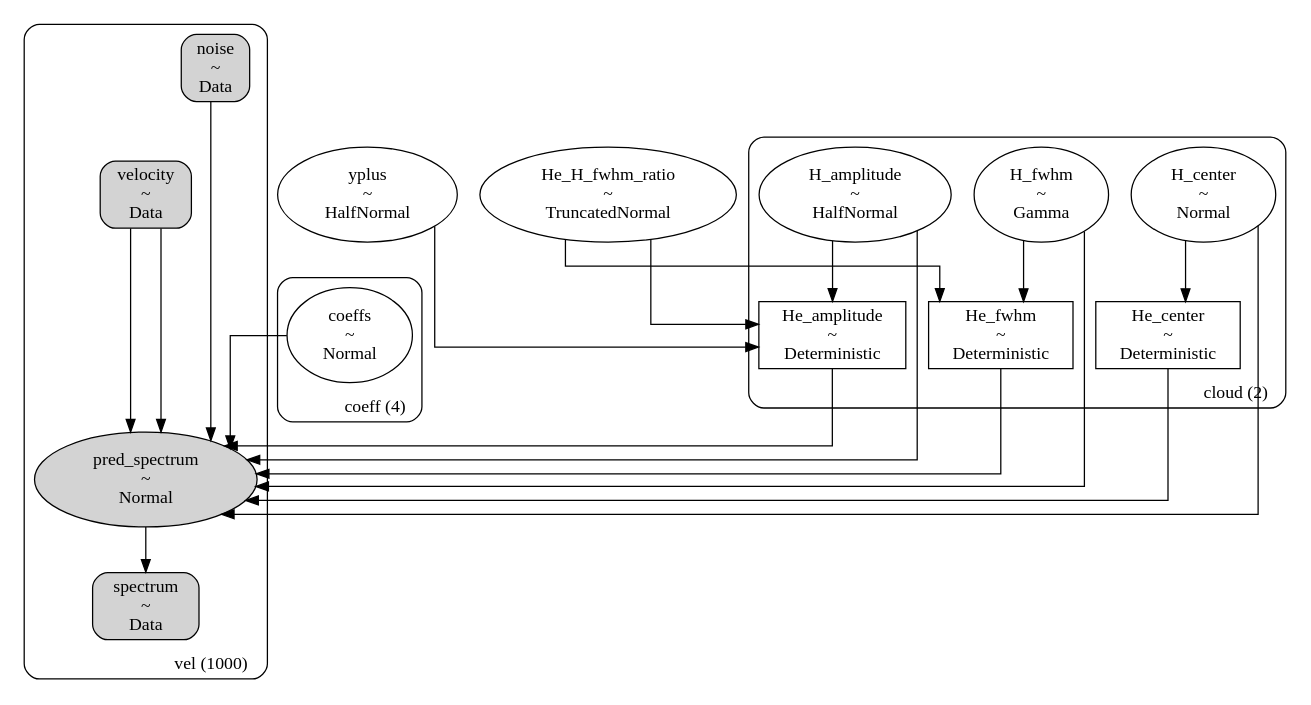
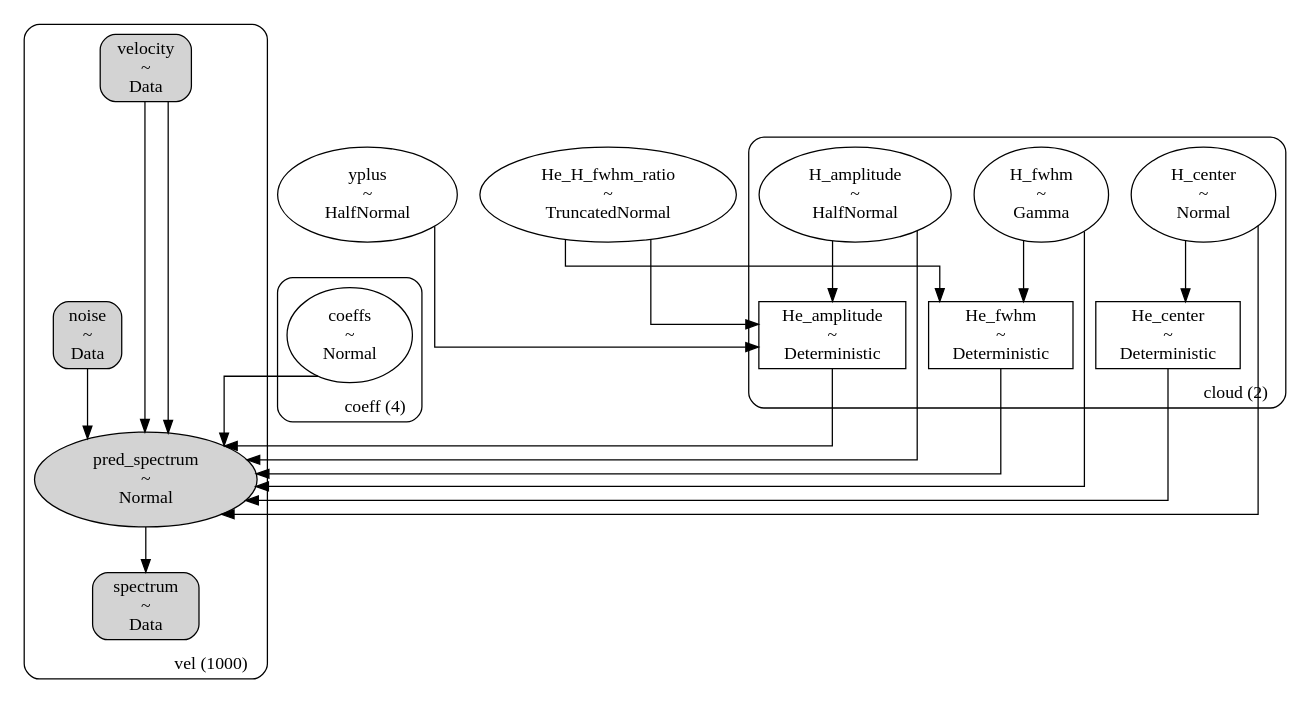
One commit to tvwenger/mcmc_yplus changed the diagram in examples/figures/model.gv. Above: the diagram before and after it, drawn with Graphviz. The commit also changed 9 other files, not shown here.

```diff
--- a/examples/figures/model.gv
+++ b/examples/figures/model.gv
@@ -1,110 +1,110 @@
 digraph {
 	graph [newrank=false,
 		rankdir=TB,
 		splines=ortho
 	];
 	subgraph "clustervel (1000)" {
 		graph [label="vel (1000)",
 			labeljust=r,
 			labelloc=b,
 			style=rounded
 		];
 		spectrum	[label="spectrum
 ~
 Data",
 			shape=box,
 			style="rounded, filled"];
-		pred_spectrum	[label="pred_spectrum
+		noise	[label="noise
 ~
-Normal",
-			shape=ellipse,
-			style=filled];
-		velocity	[label="velocity
+Data",
+			shape=box,
+			style="rounded, filled"];
+		spectrum	[label="spectrum
 ~
 Data",
 			shape=box,
 			style="rounded, filled"];
 		velocity	[label="velocity
 ~
 Data",
 			shape=box,
 			style="rounded, filled"];
-		noise	[label="noise
+		pred_spectrum	[label="pred_spectrum
 ~
-Data",
-			shape=box,
-			style="rounded, filled"];
-		spectrum	[label="spectrum
+Normal",
+			shape=ellipse,
+			style=filled];
+		velocity	[label="velocity
 ~
 Data",
 			shape=box,
 			style="rounded, filled"];
 	}
 	subgraph "clustercoeff (4)" {
 		graph [label="coeff (4)",
 			labeljust=r,
 			labelloc=b,
 			style=rounded
 		];
 		coeffs	[label="coeffs
 ~
 Normal",
 			shape=ellipse];
 	}
 	subgraph "clustercloud (2)" {
 		graph [label="cloud (2)",
 			labeljust=r,
 			labelloc=b,
 			style=rounded
 		];
+		H_center	[label="H_center
+~
+Normal",
+			shape=ellipse];
 		H_amplitude	[label="H_amplitude
 ~
 HalfNormal",
-			shape=ellipse];
-		H_center	[label="H_center
-~
-Normal",
 			shape=ellipse];
 		He_center	[label="He_center
 ~
 Deterministic",
 			shape=box];
 		H_fwhm	[label="H_fwhm
 ~
 Gamma",
 			shape=ellipse];
+		He_amplitude	[label="He_amplitude
+~
+Deterministic",
+			shape=box];
 		He_fwhm	[label="He_fwhm
 ~
 Deterministic",
 			shape=box];
-		He_amplitude	[label="He_amplitude
-~
-Deterministic",
-			shape=box];
 	}
+	noise -> pred_spectrum	[minlen=1];
+	velocity -> pred_spectrum	[minlen=2];
 	pred_spectrum -> spectrum	[minlen=1];
-	velocity -> pred_spectrum	[minlen=1];
-	velocity -> pred_spectrum	[minlen=2];
-	noise -> pred_spectrum	[minlen=3];
+	velocity -> pred_spectrum	[minlen=3];
 	coeffs -> pred_spectrum	[minlen=1];
+	H_center -> pred_spectrum;
+	H_center -> He_center;
 	H_amplitude -> pred_spectrum;
 	H_amplitude -> He_amplitude;
-	H_center -> pred_spectrum;
-	H_center -> He_center;
 	He_center -> pred_spectrum;
 	H_fwhm -> pred_spectrum;
 	H_fwhm -> He_fwhm;
+	He_amplitude -> pred_spectrum;
 	He_fwhm -> pred_spectrum;
-	He_amplitude -> pred_spectrum;
 	yplus	[label="yplus
 ~
 HalfNormal",
 		shape=ellipse];
 	yplus -> He_amplitude	[minlen=1];
 	He_H_fwhm_ratio	[label="He_H_fwhm_ratio
 ~
 TruncatedNormal",
 		shape=ellipse];
+	He_H_fwhm_ratio -> He_amplitude;
 	He_H_fwhm_ratio -> He_fwhm;
-	He_H_fwhm_ratio -> He_amplitude;
 }
```
